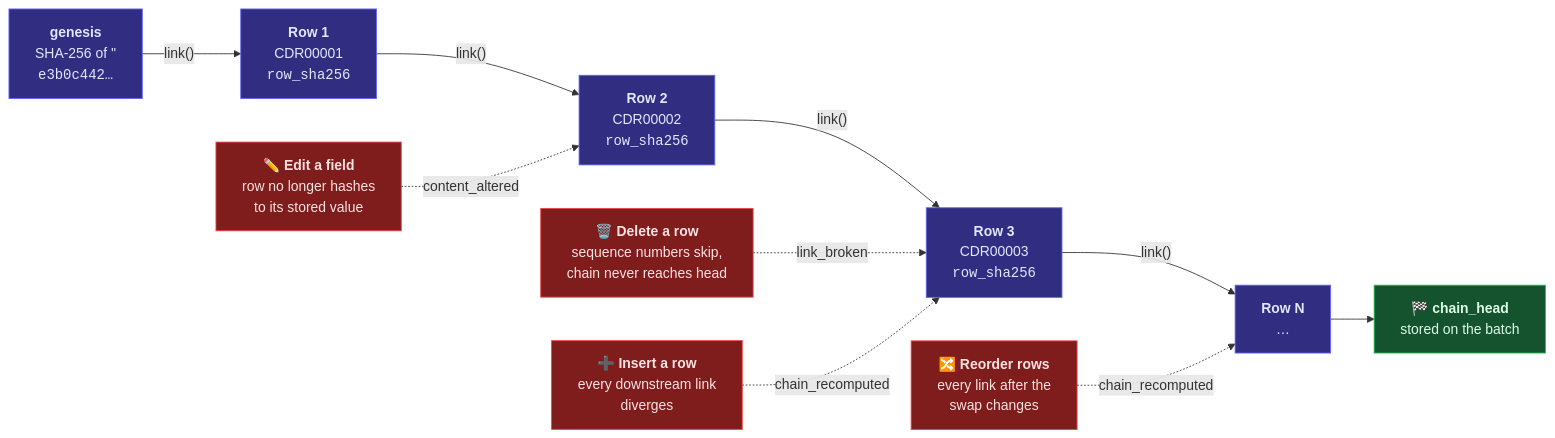
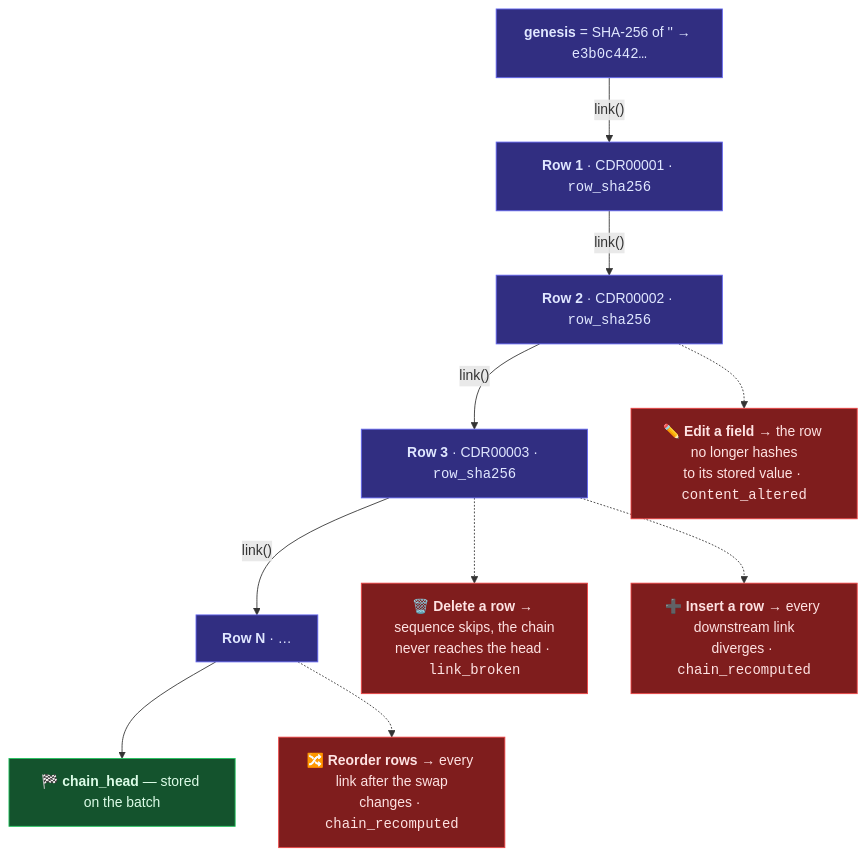
One commit to rakeshselvaraj0108/TLN changed the fifth of 15 diagrams in README.md. Above: the diagram before and after it, drawn with Mermaid. The commit also changed other lines of this file, not shown here.

First line of the commit message:
Rebuild the README diagrams to be readable at GitHub's column width

````diff
--- a/README.md
+++ b/README.md
@@ -282,28 +233,28 @@
 ```mermaid
-flowchart LR
-    G["<b>genesis</b><br/>SHA-256 of ''<br/><code>e3b0c442…</code>"]
-    R1["<b>Row 1</b><br/>CDR00001<br/><code>row_sha256</code>"]
-    R2["<b>Row 2</b><br/>CDR00002<br/><code>row_sha256</code>"]
-    R3["<b>Row 3</b><br/>CDR00003<br/><code>row_sha256</code>"]
-    RN["<b>Row N</b><br/>…"]
-    HEAD["🏁 <b>chain_head</b><br/>stored on the batch"]
+flowchart TB
+    G["<b>genesis</b> = SHA-256 of '' → <code>e3b0c442…</code>"]
+    R1["<b>Row 1</b> · CDR00001 · <code>row_sha256</code>"]
+    R2["<b>Row 2</b> · CDR00002 · <code>row_sha256</code>"]
+    R3["<b>Row 3</b> · CDR00003 · <code>row_sha256</code>"]
+    RN["<b>Row N</b> · …"]
+    HEAD["🏁 <b>chain_head</b> — stored on the batch"]
 
     G -->|"link()"| R1 -->|"link()"| R2 -->|"link()"| R3 -->|"link()"| RN --> HEAD
 
-    T1["✏️ <b>Edit a field</b><br/>row no longer hashes<br/>to its stored value"]
-    T2["🗑️ <b>Delete a row</b><br/>sequence numbers skip,<br/>chain never reaches head"]
-    T3["➕ <b>Insert a row</b><br/>every downstream link<br/>diverges"]
-    T4["🔀 <b>Reorder rows</b><br/>every link after the<br/>swap changes"]
+    T1["✏️ <b>Edit a field</b> → the row no longer hashes<br/>to its stored value · <code>content_altered</code>"]
+    T2["🗑️ <b>Delete a row</b> → sequence skips, the chain<br/>never reaches the head · <code>link_broken</code>"]
+    T3["➕ <b>Insert a row</b> → every downstream link<br/>diverges · <code>chain_recomputed</code>"]
+    T4["🔀 <b>Reorder rows</b> → every link after the swap<br/>changes · <code>chain_recomputed</code>"]
 
-    T1 -.->|"content_altered"| R2
-    T2 -.->|"link_broken"| R3
-    T3 -.->|"chain_recomputed"| R3
-    T4 -.->|"chain_recomputed"| RN
+    R2 -.-> T1
+    R3 -.-> T2
+    R3 -.-> T3
+    RN -.-> T4
 
     classDef chain fill:#312e81,stroke:#6366f1,color:#e0e7ff
     classDef head fill:#14532d,stroke:#22c55e,color:#dcfce7
     classDef attack fill:#7f1d1d,stroke:#ef4444,color:#fee2e2
     class G,R1,R2,R3,RN chain
     class HEAD head
     class T1,T2,T3,T4 attack
 ```
````
